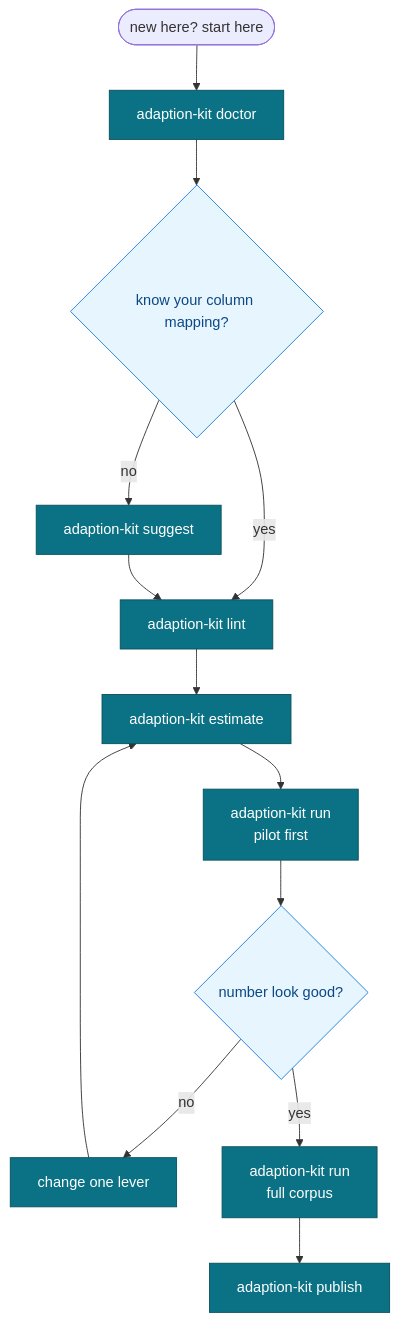
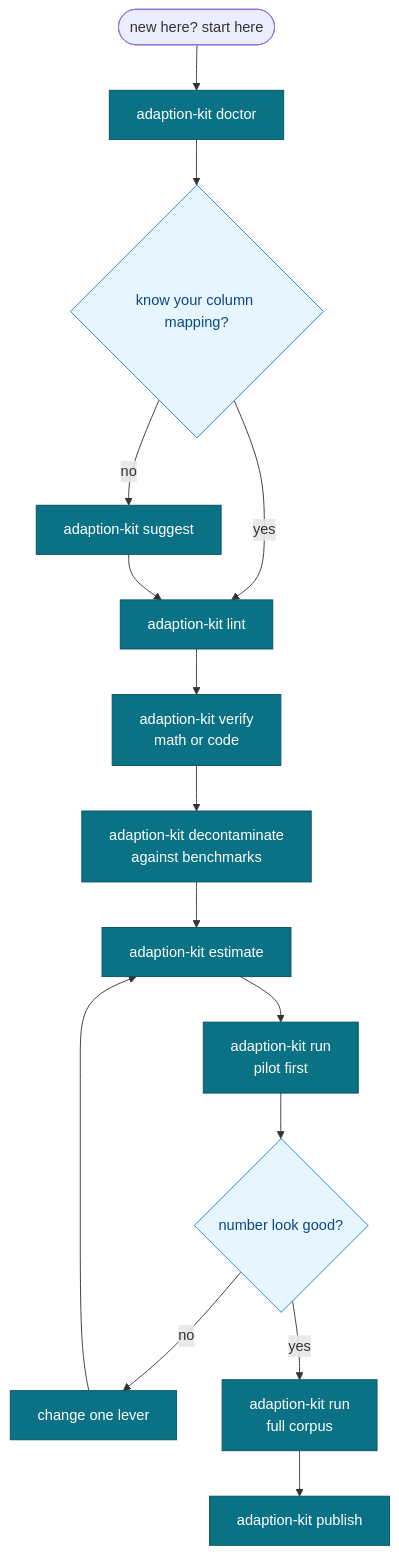
One commit to A1VARA5/adaption-devkit changed the diagram in graphics/command-router.md. Above: the diagram before and after it, drawn with Mermaid. The commit also changed 11 other files, not shown here.

First line of the commit message:
Add verify and decontaminate commands to cut wasted credits

````diff
--- a/graphics/command-router.md
+++ b/graphics/command-router.md
@@ -6,19 +6,21 @@
 ```mermaid
 flowchart TD
     S([new here? start here]) --> Doc[adaption-kit doctor]
     Doc --> Q1{know your column mapping?}
     Q1 -- no --> Sug[adaption-kit suggest]
     Q1 -- yes --> Lint[adaption-kit lint]
     Sug --> Lint
-    Lint --> Est[adaption-kit estimate]
+    Lint --> Ver[adaption-kit verify<br/>math or code]
+    Ver --> Dec[adaption-kit decontaminate<br/>against benchmarks]
+    Dec --> Est[adaption-kit estimate]
     Est --> Run[adaption-kit run<br/>pilot first]
     Run --> Q2{number look good?}
     Q2 -- no --> Tune[change one lever]
     Tune --> Est
     Q2 -- yes --> Full[adaption-kit run<br/>full corpus]
     Full --> Pub[adaption-kit publish]
     classDef cmd fill:#0b7285,stroke:#08505c,color:#ffffff;
     classDef gate fill:#e7f5ff,stroke:#1c7ed6,color:#0b4884;
-    class Doc,Sug,Lint,Est,Run,Tune,Full,Pub cmd;
+    class Doc,Sug,Lint,Ver,Dec,Est,Run,Tune,Full,Pub cmd;
     class Q1,Q2 gate;
 ```
````
